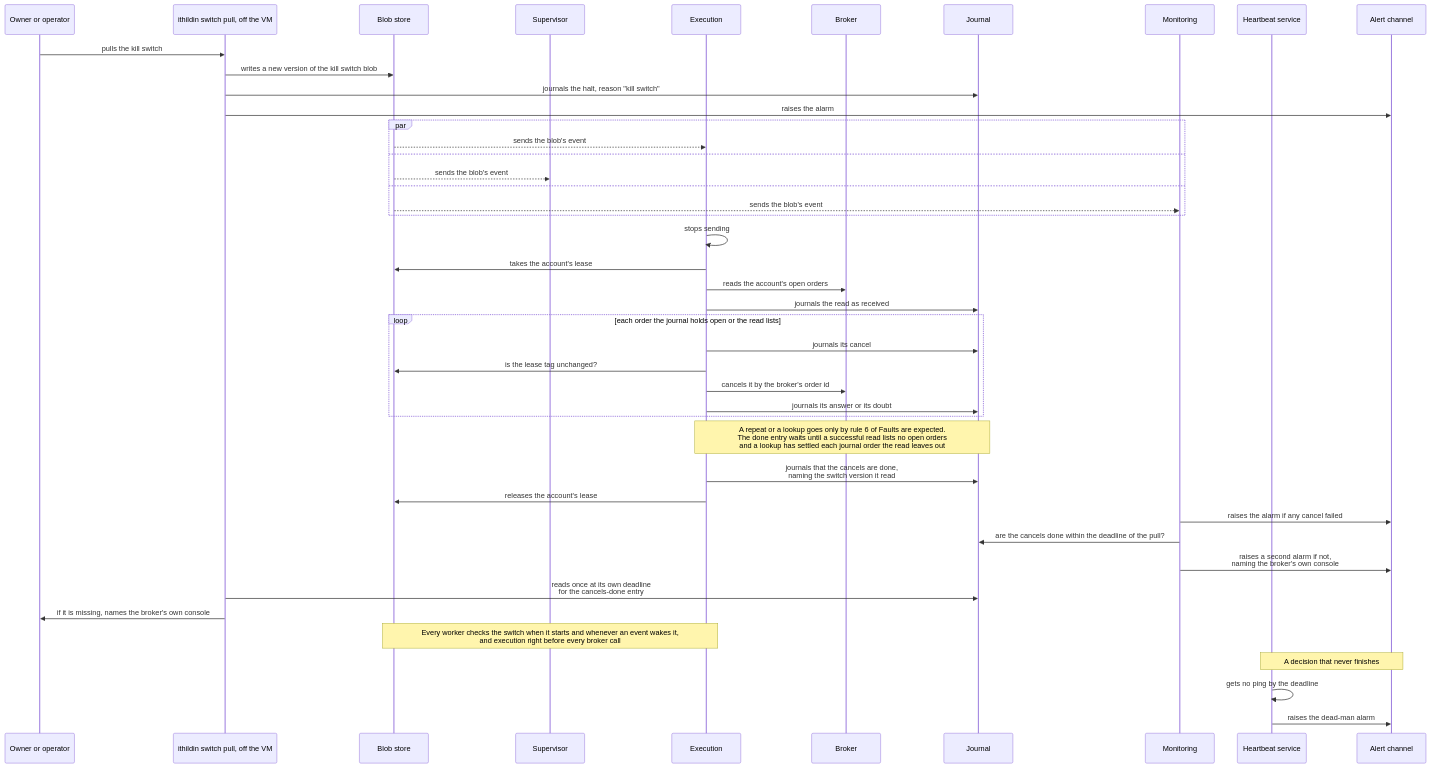
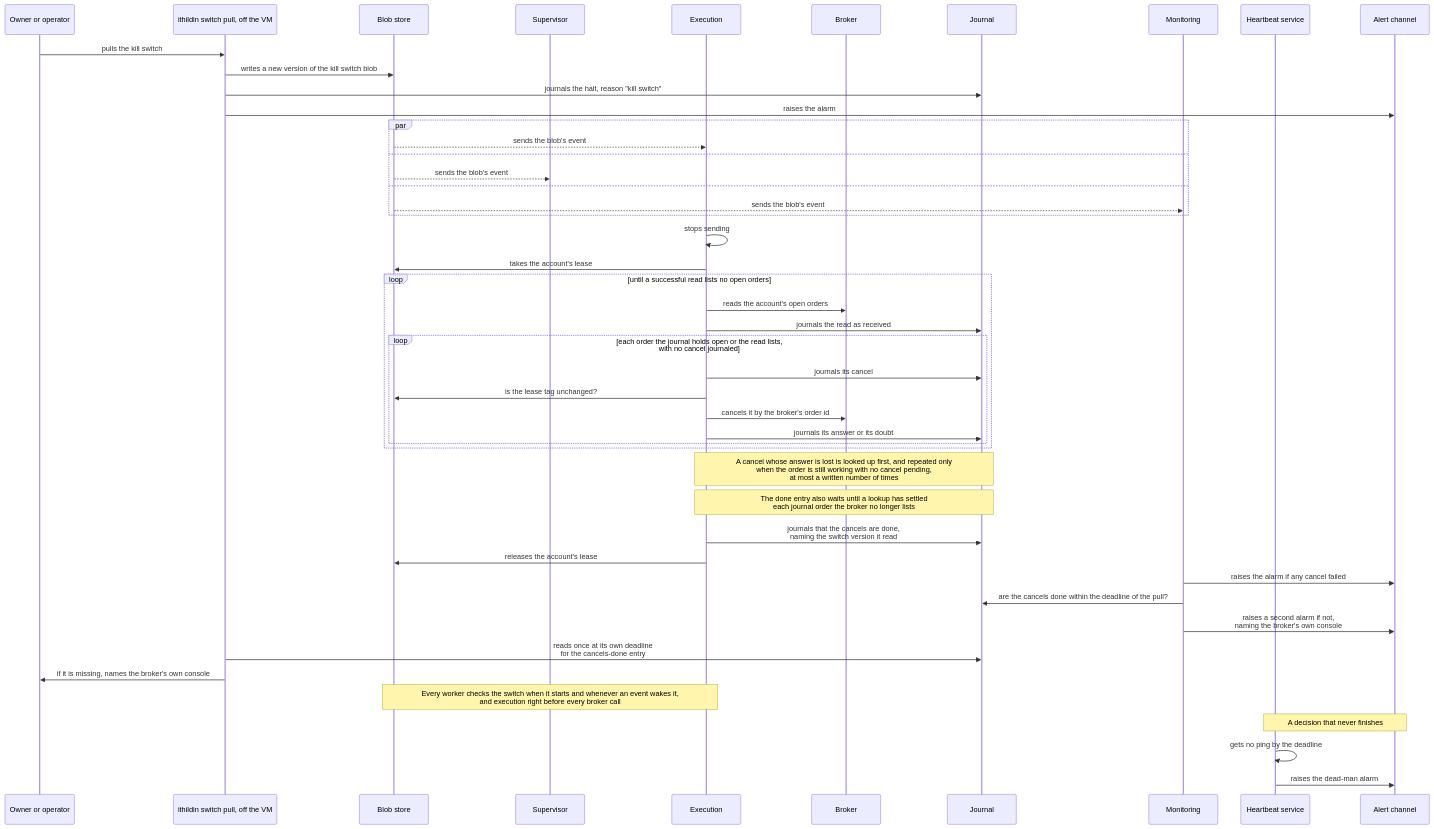
Before and after one commit to l3a0/ithildin-runtime: diagram 15 of 17 in docs/architecture/06-runtime.md, drawn with Mermaid. The commit also changed other lines of this file and 5 other files, not shown here.

````diff
--- a/docs/architecture/06-runtime.md
+++ b/docs/architecture/06-runtime.md
@@ -836,48 +836,51 @@
 ```mermaid
 sequenceDiagram
     participant P as Owner or operator
     participant K as ithildin switch pull, off the VM
     participant F as Blob store
     participant V as Supervisor
     participant X as Execution
     participant B as Broker
     participant J as Journal
     participant M as Monitoring
     participant H as Heartbeat service
     participant A as Alert channel
 
     P->>K: pulls the kill switch
     K->>F: writes a new version of the kill switch blob
     K->>J: journals the halt, reason "kill switch"
     K->>A: raises the alarm
     par
         F-->>X: sends the blob's event
     and
         F-->>V: sends the blob's event
     and
         F-->>M: sends the blob's event
     end
     X->>X: stops sending
     X->>F: takes the account's lease
-    X->>B: reads the account's open orders
-    X->>J: journals the read as received
-    loop each order the journal holds open or the read lists
-        X->>J: journals its cancel
-        X->>F: is the lease tag unchanged?
-        X->>B: cancels it by the broker's order id
-        X->>J: journals its answer or its doubt
+    loop until a successful read lists no open orders
+        X->>B: reads the account's open orders
+        X->>J: journals the read as received
+        loop each order the journal holds open or the read lists,<br/>with no cancel journaled
+            X->>J: journals its cancel
+            X->>F: is the lease tag unchanged?
+            X->>B: cancels it by the broker's order id
+            X->>J: journals its answer or its doubt
+        end
     end
-    Note over X,J: A repeat or a lookup goes only by rule 6 of Faults are expected.<br/>The done entry waits until a successful read lists no open orders<br/>and a lookup has settled each journal order the read leaves out
+    Note over X,J: A cancel whose answer is lost is looked up first, and repeated only<br/>when the order is still working with no cancel pending,<br/>at most a written number of times
+    Note over X,J: The done entry also waits until a lookup has settled<br/>each journal order the broker no longer lists
     X->>J: journals that the cancels are done,<br/>naming the switch version it read
     X->>F: releases the account's lease
     M->>A: raises the alarm if any cancel failed
     M->>J: are the cancels done within the deadline of the pull?
     M->>A: raises a second alarm if not,<br/>naming the broker's own console
     K->>J: reads once at its own deadline<br/>for the cancels-done entry
     K->>P: if it is missing, names the broker's own console
     Note over F,X: Every worker checks the switch when it starts and whenever an event wakes it,<br/>and execution right before every broker call
 
     Note over H,A: A decision that never finishes
     H->>H: gets no ping by the deadline
     H->>A: raises the dead-man alarm
 ```
````
